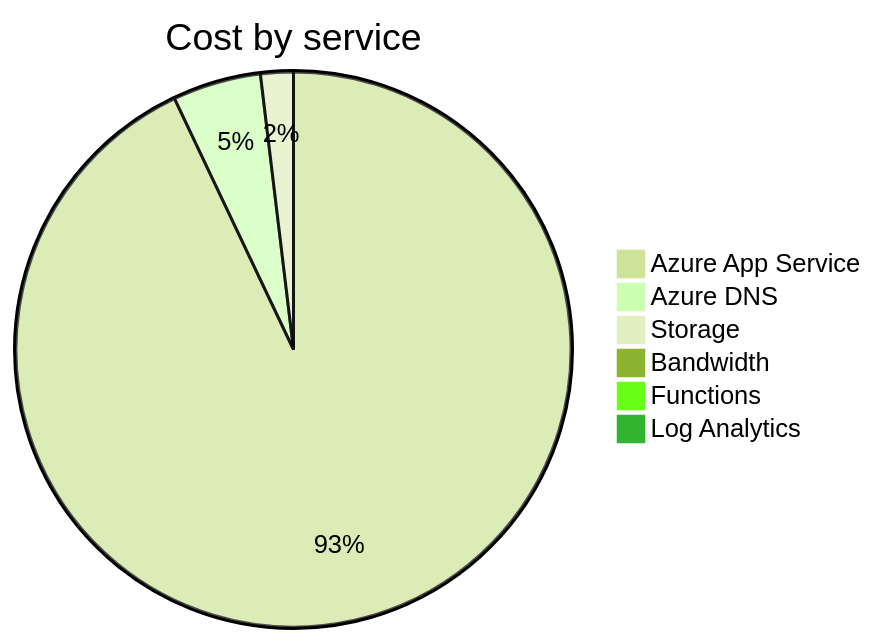
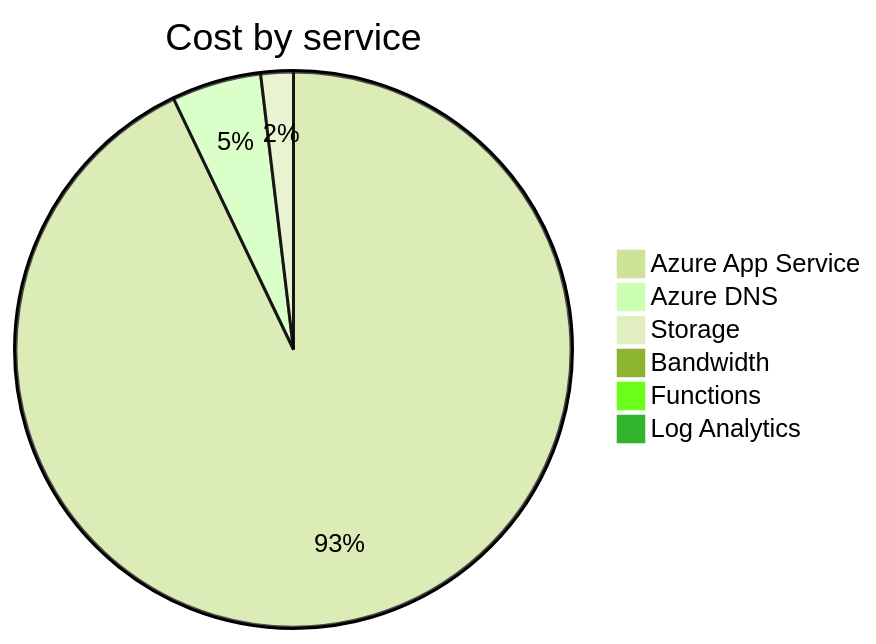
One commit to jpfulton/azure-personal-reports changed the second of 4 diagrams in cost-reports/accumulated-cost.md. Above: the diagram before and after it, drawn with Mermaid (forest theme). The commit also changed other lines of this file and 4 other files, not shown here.

````diff
--- a/cost-reports/accumulated-cost.md
+++ b/cost-reports/accumulated-cost.md
@@ -100,10 +100,10 @@
 ```mermaid
 pie
    title Cost by service
-   "Azure App Service" : 4.88
-   "Azure DNS" : 0.27
-   "Storage" : 0.10
+   "Azure App Service" : 5.89
+   "Azure DNS" : 0.33
+   "Storage" : 0.12
    "Bandwidth" : 0.00
    "Functions" : 0.00
    "Log Analytics" : 0.00
 ```
````
